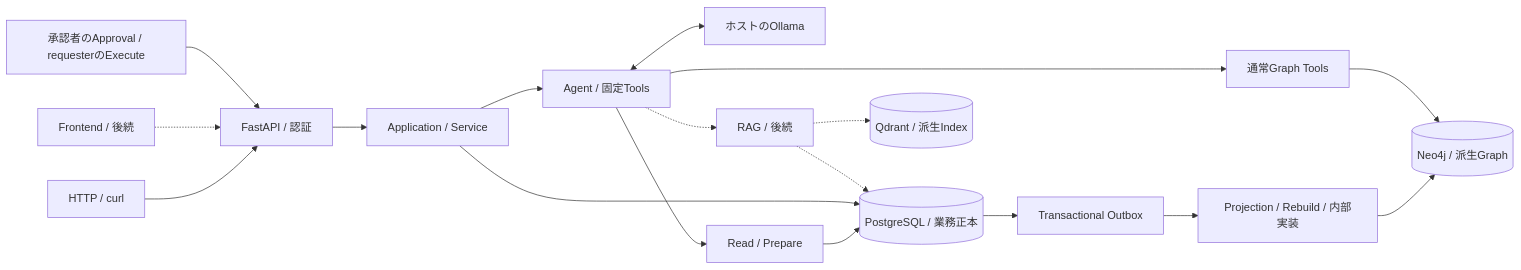
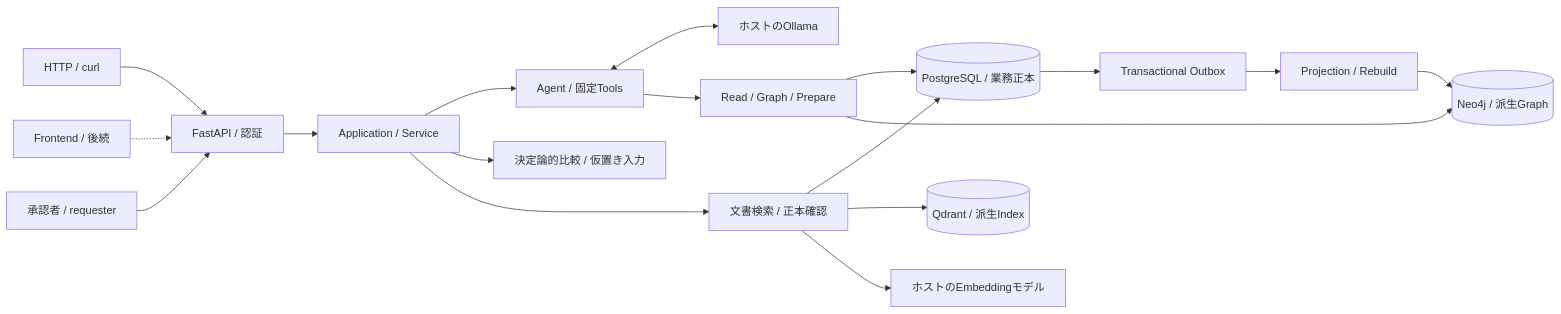
The diagram in README.md (philippos2/line-scope), drawn with Mermaid before and after one commit. The commit also changed other lines of this file and 7 other files, not shown here.

````diff
--- a/README.md
+++ b/README.md
@@ -30,20 +26,20 @@
 ```mermaid
 flowchart LR
     Curl[HTTP / curl] --> API[FastAPI / 認証]
     UI[Frontend / 後続] -.-> API
     API --> App[Application / Service]
     App --> Agent[Agent / 固定Tools]
     Agent <--> LLM[ホストのOllama]
-    Agent --> Read[Read / Prepare]
-    Read --> PG[(PostgreSQL / 業務正本)]
-    Human[承認者のApproval / requesterのExecute] --> API
-    App --> PG
+    Agent --> Tools[Read / Graph / Prepare]
+    Tools --> PG[(PostgreSQL / 業務正本)]
+    Tools --> Neo4j[(Neo4j / 派生Graph)]
+    App --> Comparison[決定論的比較 / 仮置き入力]
+    App --> RAG[文書検索 / 正本確認]
+    RAG --> PG
+    RAG --> Qdrant[(Qdrant / 派生Index)]
+    RAG --> Embed[ホストのEmbeddingモデル]
     PG --> Outbox[Transactional Outbox]
-    Outbox --> Projection[Projection / Rebuild / 内部実装]
-    Projection --> Neo4j[(Neo4j / 派生Graph)]
-    Agent --> Graph[通常Graph Tools]
-    Graph --> Neo4j
-    Agent -.-> RAG[RAG / 後続]
-    RAG -.-> Qdrant[(Qdrant / 派生Index)]
-    RAG -.-> PG
+    Outbox --> Projection[Projection / Rebuild]
+    Projection --> Neo4j
+    Operator[承認者 / requester] --> API
 ```
````
